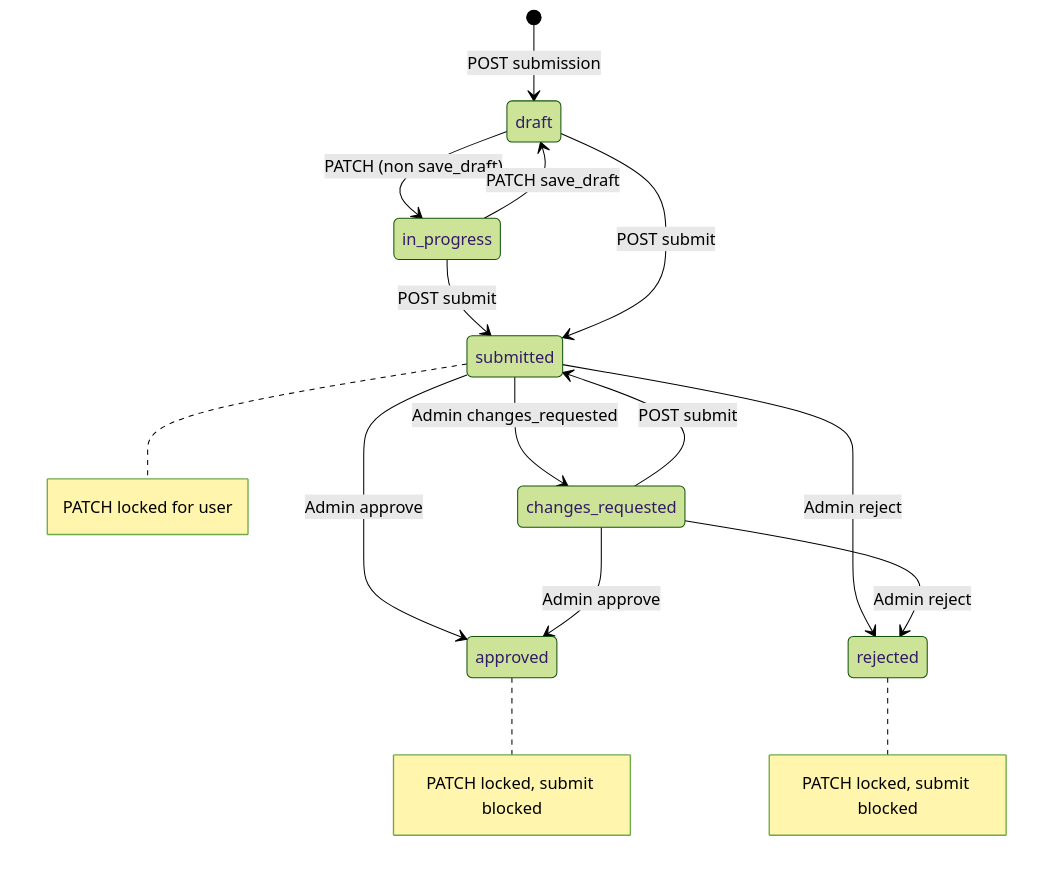
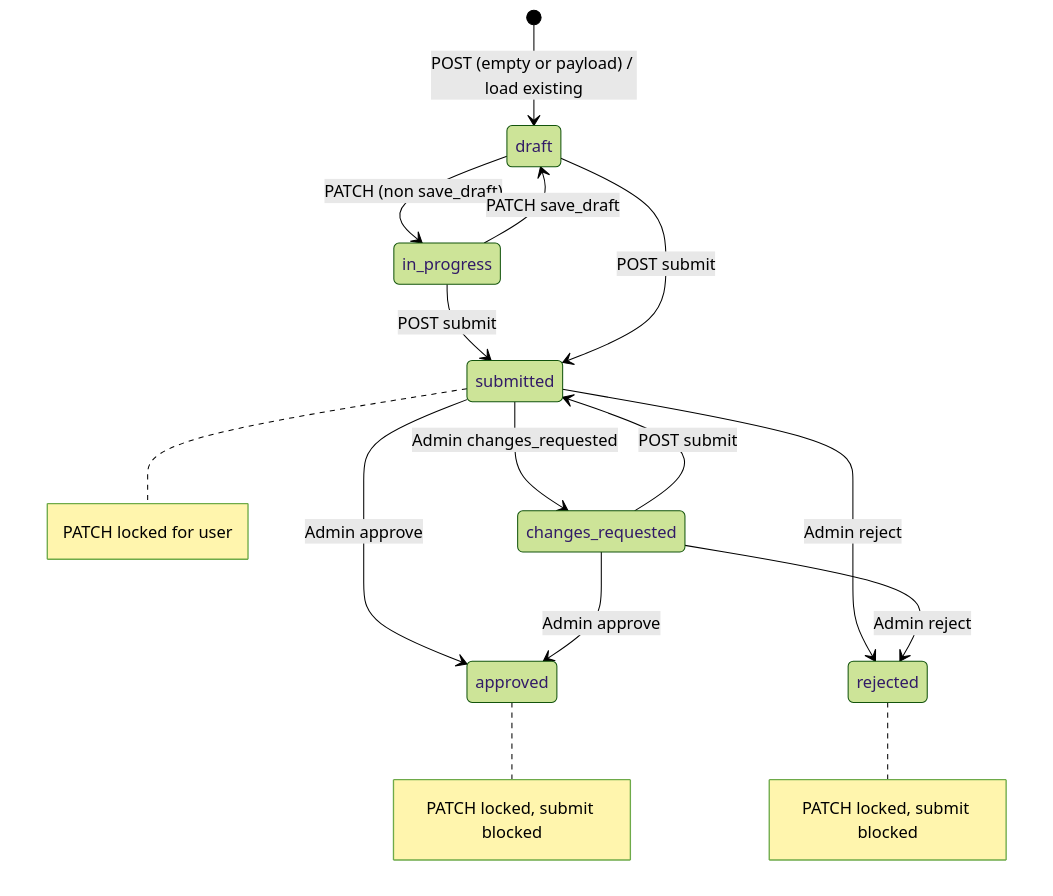
The diagram in docs/PROPERTY_LISTING_FRONTEND_INTEGRATION.md (arindam-aspire/abdoun-fast-api), drawn with Mermaid (forest theme) before and after one commit. The commit also changed other lines of this file and 9 other files, not shown here.

````diff
--- a/docs/PROPERTY_LISTING_FRONTEND_INTEGRATION.md
+++ b/docs/PROPERTY_LISTING_FRONTEND_INTEGRATION.md
@@ -96,17 +107,17 @@
 ```mermaid
 stateDiagram-v2
-  [*] --> draft: POST submission
+  [*] --> draft: POST (empty or payload) / load existing
   draft --> in_progress: PATCH (non save_draft)
   in_progress --> draft: PATCH save_draft
   in_progress --> submitted: POST submit
   draft --> submitted: POST submit
   changes_requested --> submitted: POST submit
   submitted --> approved: Admin approve
   submitted --> changes_requested: Admin changes_requested
   submitted --> rejected: Admin reject
   changes_requested --> approved: Admin approve
   changes_requested --> rejected: Admin reject
   note right of submitted: PATCH locked for user
   note right of approved: PATCH locked, submit blocked
   note right of rejected: PATCH locked, submit blocked
 ```
````
